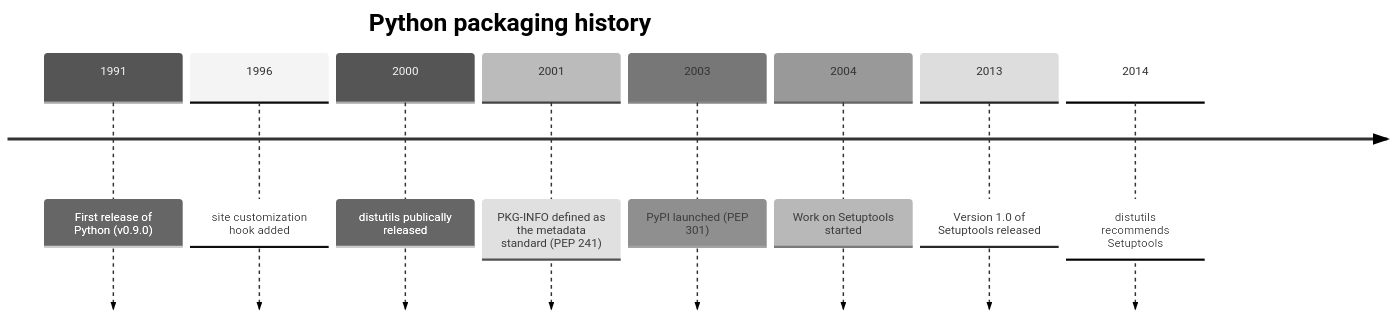
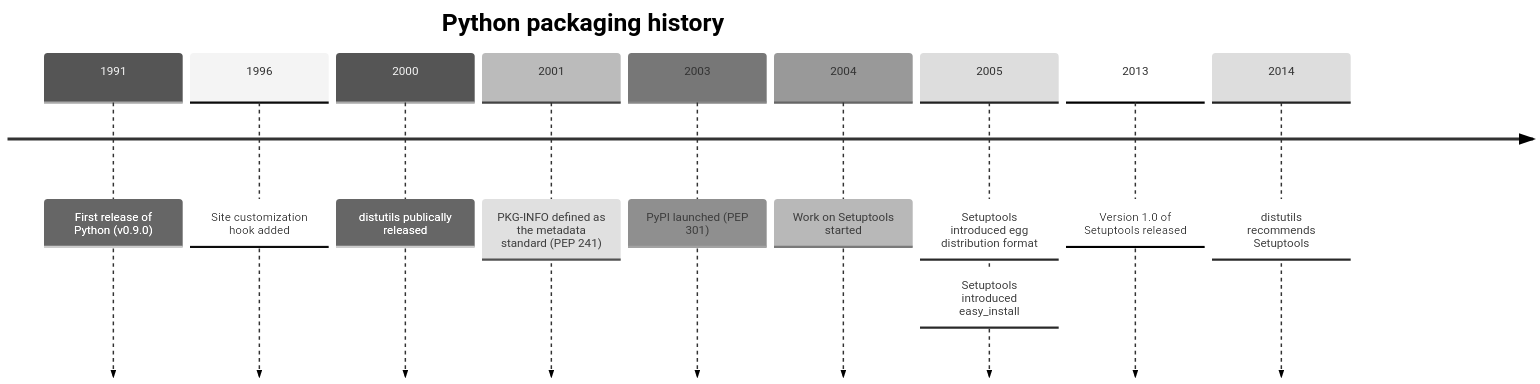
Before and after one commit to paatre/notes: the diagram in python.md, drawn with Mermaid (neutral theme). The commit also changed other lines of this file, not shown here.

Commit message:
Continue Setuptools section

````diff
--- a/python.md
+++ b/python.md
@@ -13,12 +13,14 @@
 ```mermaid
 timeline
   title Python packaging history
-  1991: First release of Python (v0.9.0)
-  1996: site customization hook added
-  2000: distutils publically released
-  2001: PKG-INFO defined as the metadata standard (PEP 241)
-  2003: PyPI launched (PEP 301)
-  2004: Work on Setuptools started
-  2013: Version 1.0 of Setuptools released
-  2014: distutils recommends Setuptools
+  1991 : First release of Python (v0.9.0)
+  1996 : Site customization hook added
+  2000 : distutils publically released
+  2001 : PKG-INFO defined as the metadata standard (PEP 241)
+  2003 : PyPI launched (PEP 301)
+  2004 : Work on Setuptools started
+  2005 : Setuptools introduced egg distribution format
+       : Setuptools introduced easy_install
+  2013 : Version 1.0 of Setuptools released
+  2014 : distutils recommends Setuptools
 ```
````
